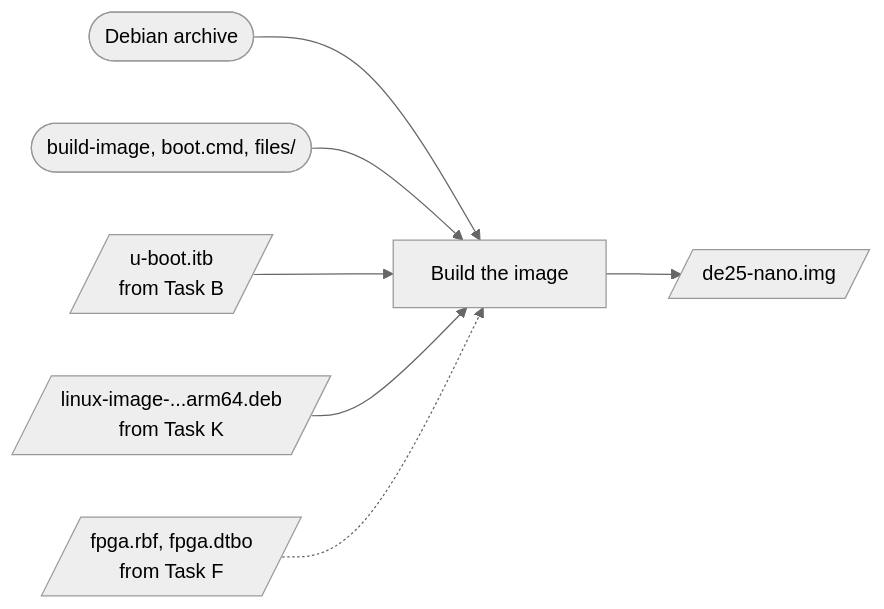
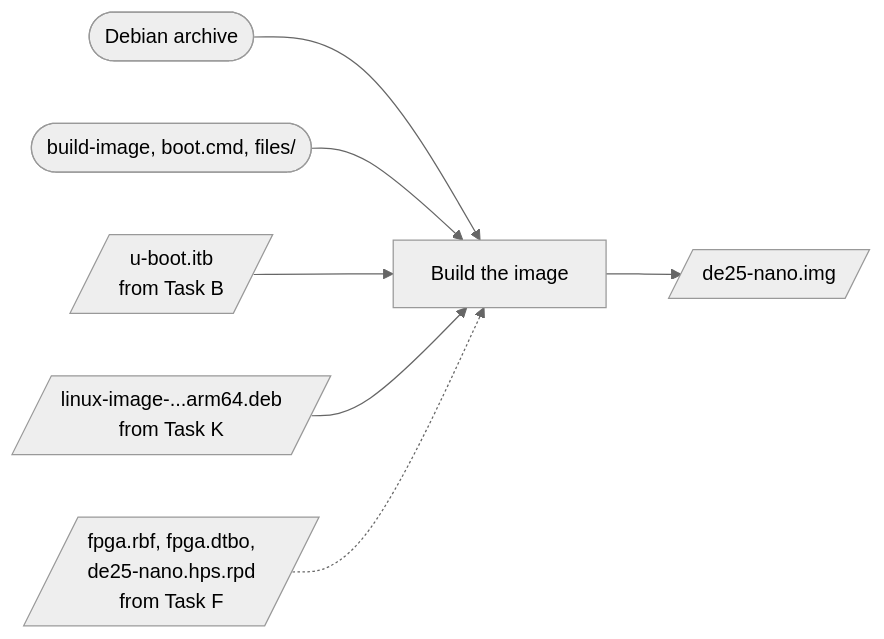
One commit to jclark/de25-nano-debian changed the diagram in sdimage/README.md. Above: the diagram before and after it, drawn with Mermaid (neutral theme). The commit also changed other lines of this file and 18 other files, not shown here.

````diff
--- a/sdimage/README.md
+++ b/sdimage/README.md
@@ -3,9 +3,9 @@
 ```mermaid
 flowchart LR
   deb(["Debian archive"]) --> m["Build the image"]
   s(["build-image, boot.cmd, files/"]) --> m
   itb[/"u-boot.itb<br/>from Task B"/] --> m
   k[/"linux-image-...arm64.deb<br/>from Task K"/] --> m
-  f[/"fpga.rbf, fpga.dtbo<br/>from Task F"/] -.-> m
+  f[/"fpga.rbf, fpga.dtbo,<br/>de25-nano.hps.rpd<br/>from Task F"/] -.-> m
   m --> img[/"de25-nano.img"/]
 ```
````
